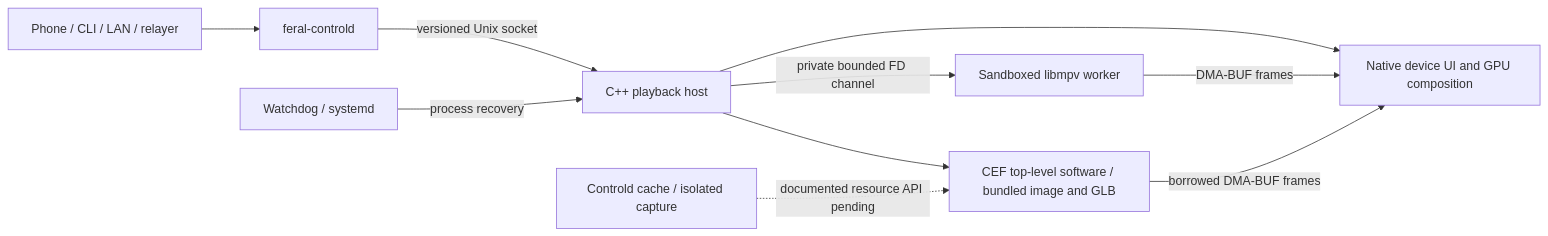
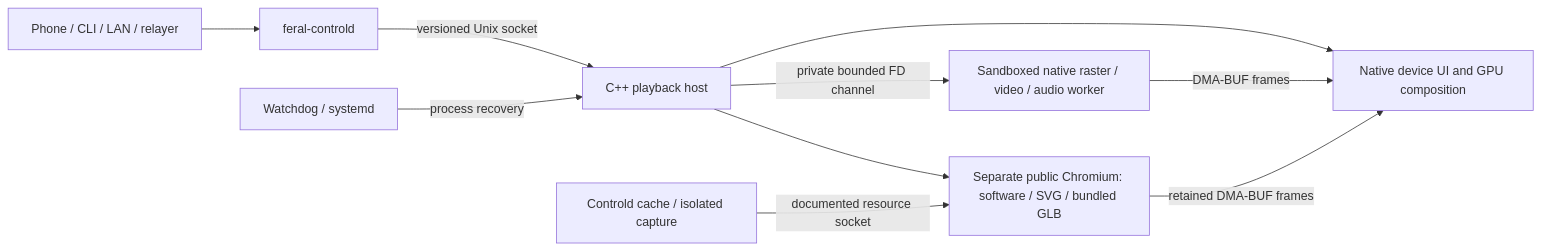
The diagram in components/player/docs/ARCHITECTURE.md (feral-file/ffos-user), drawn with Mermaid before and after one commit. The commit also changed other lines of this file and 124 other files, not shown here.

Commit message:
feat(player): run public Chromium behind the native FFOS kiosk

````diff
--- a/components/player/docs/ARCHITECTURE.md
+++ b/components/player/docs/ARCHITECTURE.md
@@ -6,12 +7,12 @@
 ```mermaid
 flowchart LR
   Phone[Phone / CLI / LAN / relayer] --> Control[feral-controld]
   Control -->|versioned Unix socket| Host[C++ playback host]
   Host --> UI[Native device UI and GPU composition]
-  Host --> CEF[CEF top-level software / bundled image and GLB]
-  Host -->|private bounded FD channel| Media[Sandboxed libmpv worker]
+  Host --> Browser[Separate public Chromium: software / SVG / bundled GLB]
+  Host -->|private bounded FD channel| Media[Sandboxed native raster / video / audio worker]
   Media -->|DMA-BUF frames| UI
-  CEF -->|borrowed DMA-BUF frames| UI
-  Cache[Controld cache / isolated capture] -. documented resource API pending .-> CEF
+  Browser -->|retained DMA-BUF frames| UI
+  Cache[Controld cache / isolated capture] -->|documented resource socket| Browser
   Watchdog[Watchdog / systemd] -->|process recovery| Host
 ```
````
